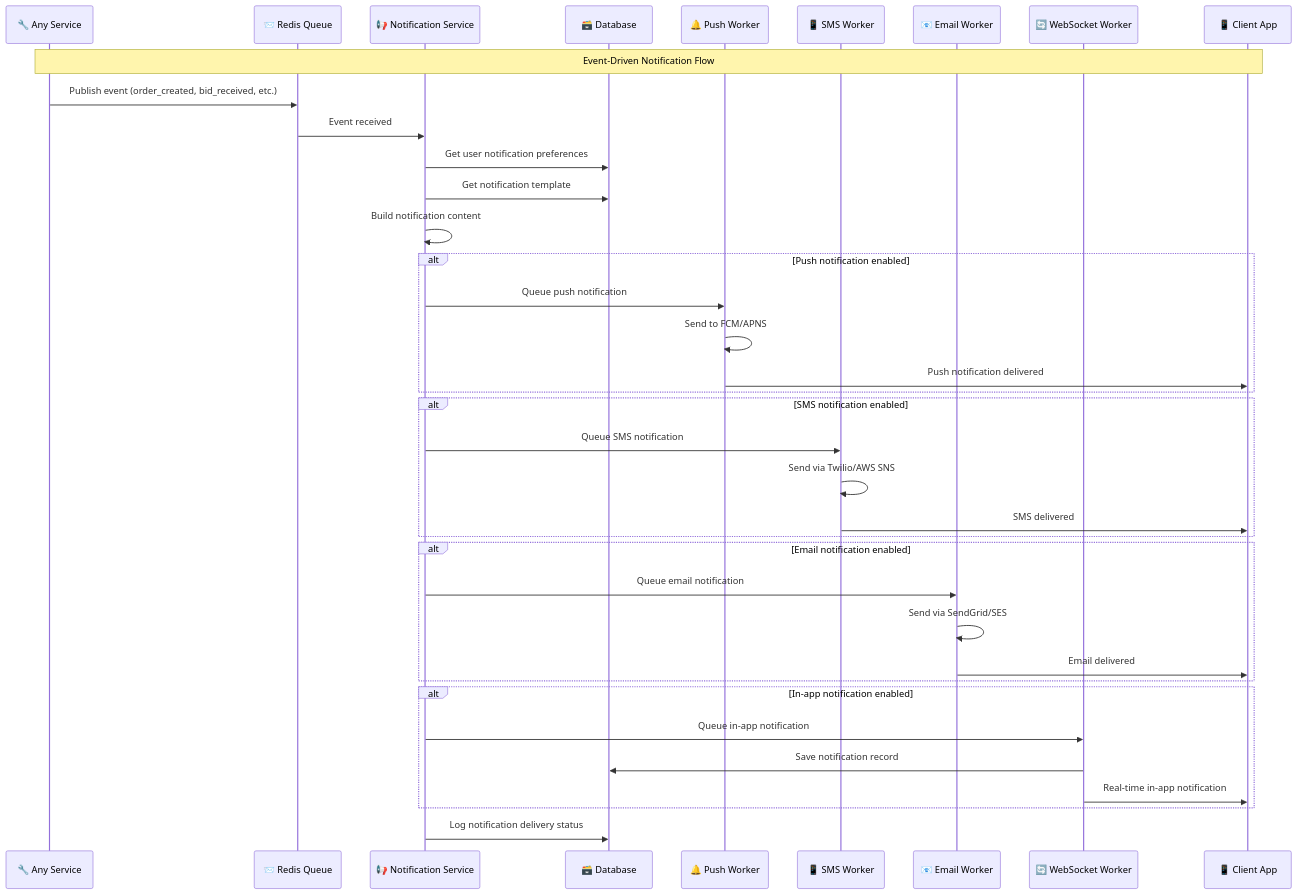
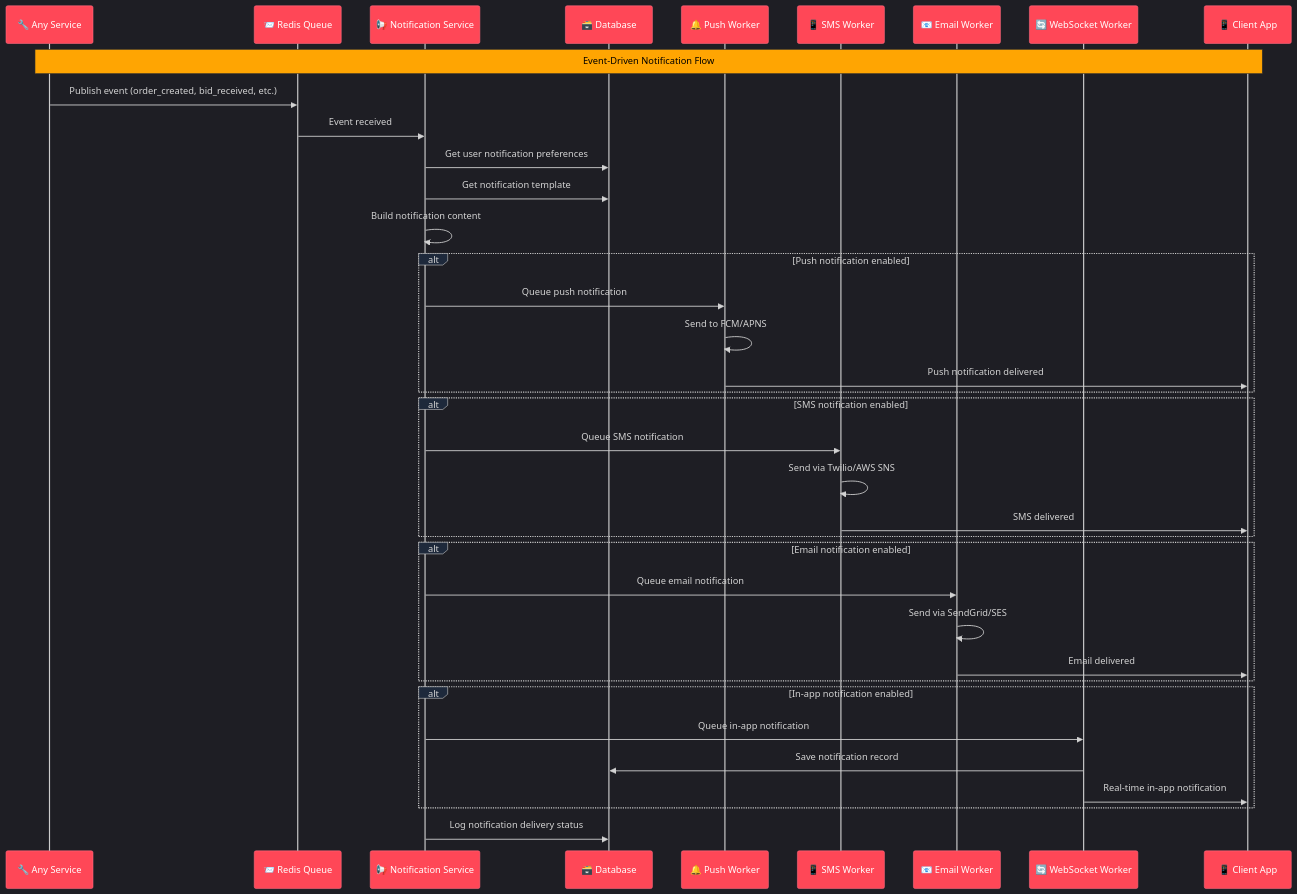
The second of 2 diagrams in diagrams/notification-architecture.md (abdoElHodaky/larvrevrstender), drawn with Mermaid before and after one commit.

````diff
--- a/diagrams/notification-architecture.md
+++ b/diagrams/notification-architecture.md
@@ -97,47 +97,70 @@
 ```mermaid
+%%{init: {
+  'theme': 'dark',
+  'themeVariables': {
+    'primaryColor': '#FF4757',
+    'primaryTextColor': '#FFFFFF',
+    'primaryBorderColor': '#FF6B81',
+    'lineColor': '#2ED573',
+    'secondaryColor': '#1E90FF',
+    'tertiaryColor': '#FFA502',
+    'background': '#0F172A',
+    'mainBkg': '#1E293B',
+    'secondBkg': '#334155',
+    'tertiaryBkg': '#1E293B',
+    'actorBkg': '#FF4757',
+    'actorBorder': '#FF6B81',
+    'actorTextColor': '#FFFFFF',
+    'activationBkgColor': '#2ED573',
+    'activationBorderColor': '#FFFFFF',
+    'noteBkgColor': '#FFA502',
+    'noteTextColor': '#000000'
+  }
+}}%%
+
 sequenceDiagram
     participant Service as 🔧 Any Service
     participant Queue as 📨 Redis Queue
     participant NotificationService as 📢 Notification Service
     participant DB as 🗃️ Database
     participant PushWorker as 🔔 Push Worker
     participant SMSWorker as 📱 SMS Worker
     participant EmailWorker as 📧 Email Worker
     participant WebSocketWorker as 🔄 WebSocket Worker
     participant Client as 📱 Client App
     
     Note over Service,Client: Event-Driven Notification Flow
     
     Service->>Queue: Publish event (order_created, bid_received, etc.)
     Queue->>NotificationService: Event received
     
     NotificationService->>DB: Get user notification preferences
     NotificationService->>DB: Get notification template
     NotificationService->>NotificationService: Build notification content
     
     alt Push notification enabled
         NotificationService->>PushWorker: Queue push notification
         PushWorker->>PushWorker: Send to FCM/APNS
         PushWorker->>Client: Push notification delivered
     end
     
     alt SMS notification enabled
         NotificationService->>SMSWorker: Queue SMS notification
         SMSWorker->>SMSWorker: Send via Twilio/AWS SNS
         SMSWorker->>Client: SMS delivered
     end
     
     alt Email notification enabled
         NotificationService->>EmailWorker: Queue email notification
         EmailWorker->>EmailWorker: Send via SendGrid/SES
         EmailWorker->>Client: Email delivered
     end
     
     alt In-app notification enabled
         NotificationService->>WebSocketWorker: Queue in-app notification
         WebSocketWorker->>DB: Save notification record
         WebSocketWorker->>Client: Real-time in-app notification
     end
     
     NotificationService->>DB: Log notification delivery status
 ```
````
